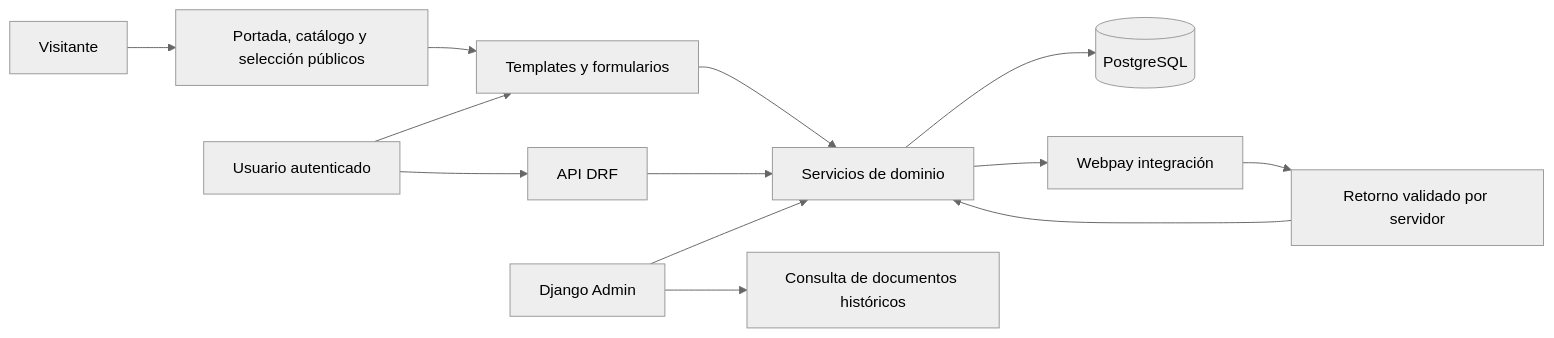
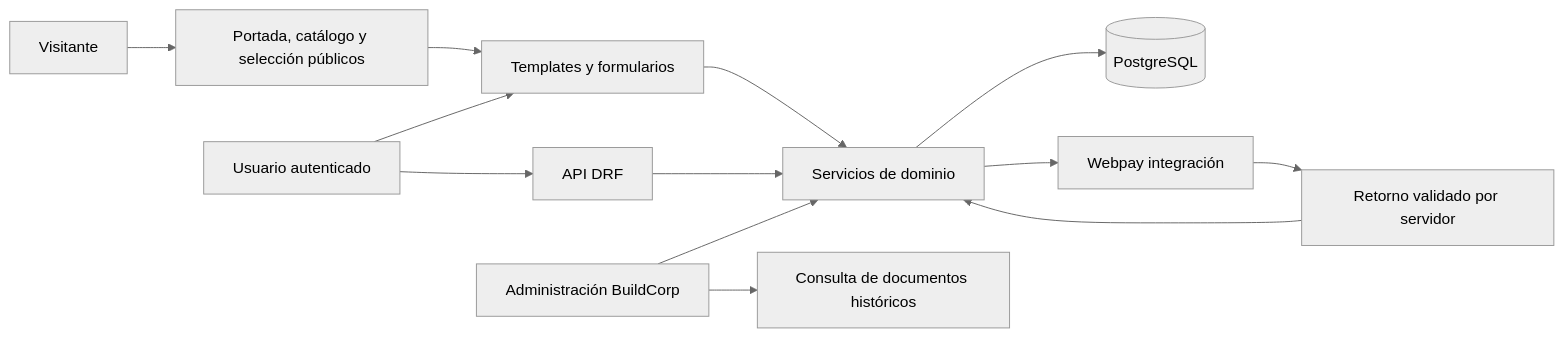
Before and after one commit to Vitoco6844/backend_eva3: the diagram in docs/ARQUITECTURA.md, drawn with Mermaid (neutral theme). The commit also changed 43 other files, not shown here.

Commit message:
feat: prepare internal BuildCorp EVA 4 with separate frontend and API

````diff
--- a/docs/ARQUITECTURA.md
+++ b/docs/ARQUITECTURA.md
@@ -6,15 +6,15 @@
 ```mermaid
 flowchart LR
  V[Visitante] --> C[Portada, catálogo y selección públicos]
  C --> W[Templates y formularios]
  U[Usuario autenticado] --> W
  U --> A[API DRF]
  W --> S[Servicios de dominio]
  A --> S
- D[Django Admin] --> S
+ D[Administración BuildCorp] --> S
  D --> H[Consulta de documentos históricos]
  S --> P[(PostgreSQL)]
  S --> T[Webpay integración]
  T --> R[Retorno validado por servidor]
  R --> S
 ```
````
